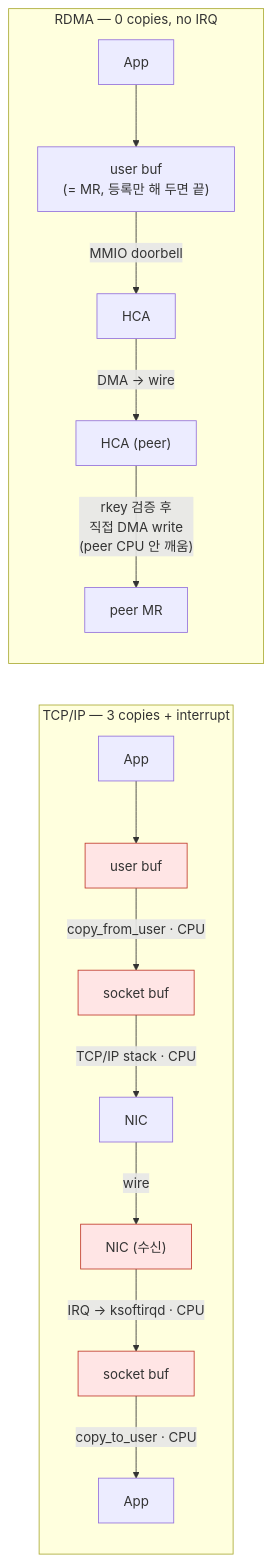
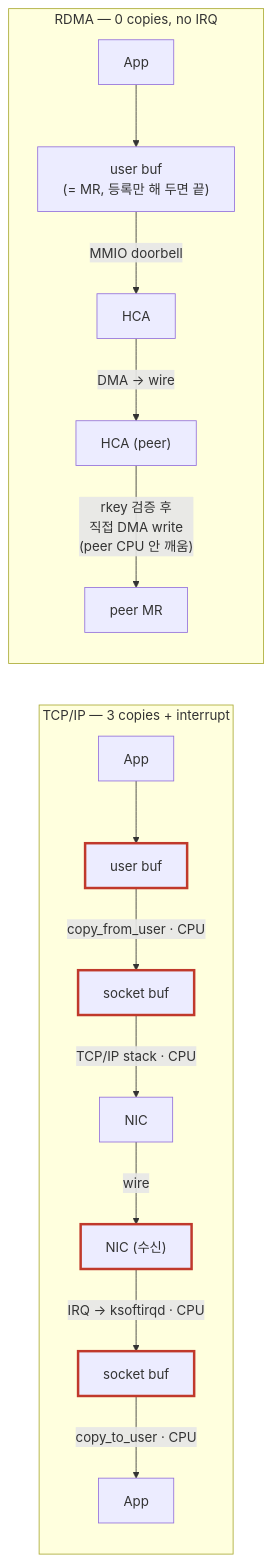
Before and after one commit to humbleowl39/DV_SKOOL: the first of 7 diagrams in topics/rdma/docs/01_rdma_motivation.md, drawn with Mermaid. The commit also changed other lines of this file, not shown here.

````diff
--- a/topics/rdma/docs/01_rdma_motivation.md
+++ b/topics/rdma/docs/01_rdma_motivation.md
@@ -59,33 +59,33 @@
 ```mermaid
 flowchart LR
     subgraph TCP["TCP/IP — 3 copies + interrupt"]
         direction TB
         T1["App"]
         T2["user buf"]
         T3["socket buf"]
         T4["NIC"]
         T5["NIC (수신)"]
         T6["socket buf"]
         T7["App"]
         T1 --> T2
         T2 -- "copy_from_user · CPU" --> T3
         T3 -- "TCP/IP stack · CPU" --> T4
         T4 -- "wire" --> T5
         T5 -- "IRQ → ksoftirqd · CPU" --> T6
         T6 -- "copy_to_user · CPU" --> T7
     end
     subgraph RDMA["RDMA — 0 copies, no IRQ"]
         direction TB
         R1["App"]
         R2["user buf<br/>(= MR, 등록만 해 두면 끝)"]
         R3["HCA"]
         R4["HCA (peer)"]
         R5["peer MR"]
         R1 --> R2
         R2 -- "MMIO doorbell" --> R3
         R3 -- "DMA → wire" --> R4
         R4 -- "rkey 검증 후<br/>직접 DMA write<br/>(peer CPU 안 깨움)" --> R5
     end
-    classDef cost fill:#ffe5e5,stroke:#c0392b
+    classDef cost stroke:#c0392b,stroke-width:3px
     class T2,T3,T5,T6 cost
 ```
````
